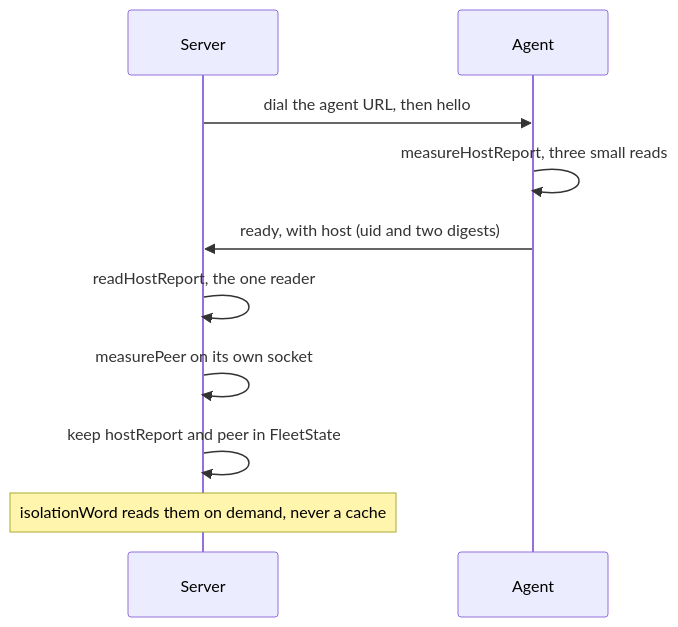
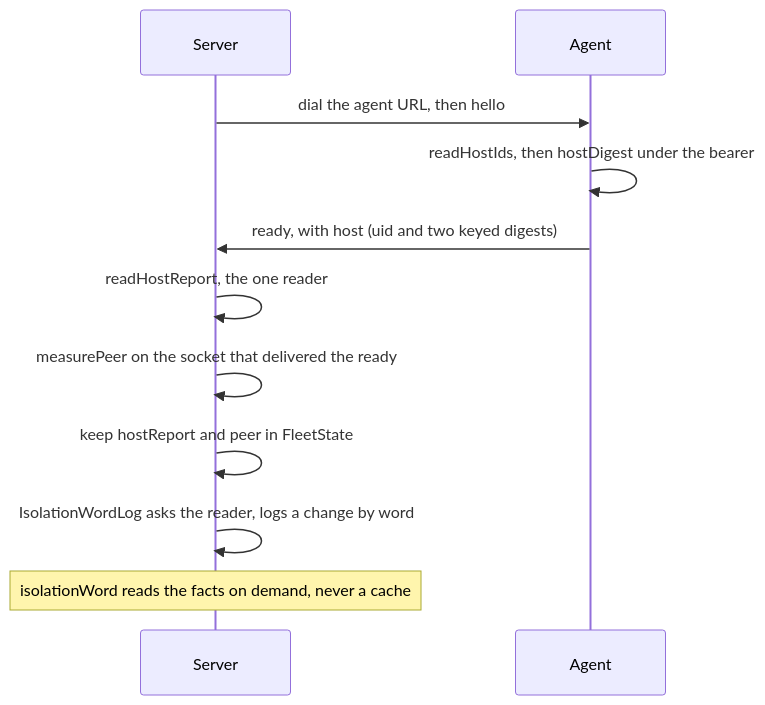
Before and after one commit to Synapsium-Labs/ccrc-pwa: the second of 3 diagrams in docs/superpowers/plans/2026-11-14-overlord-w1/w1-isolation.md, drawn with Mermaid. The commit also changed other lines of this file, not shown here.

First line of the commit message:
docs(plan): the isolation word, fix round 1 (review 2168)

````diff
--- a/docs/superpowers/plans/2026-11-14-overlord-w1/w1-isolation.md
+++ b/docs/superpowers/plans/2026-11-14-overlord-w1/w1-isolation.md
@@ -244,12 +325,13 @@
 ```mermaid
 sequenceDiagram
   participant S as Server
   participant A as Agent
   S->>A: dial the agent URL, then hello
-  A->>A: measureHostReport, three small reads
-  A->>S: ready, with host (uid and two digests)
+  A->>A: readHostIds, then hostDigest under the bearer
+  A->>S: ready, with host (uid and two keyed digests)
   S->>S: readHostReport, the one reader
-  S->>S: measurePeer on its own socket
+  S->>S: measurePeer on the socket that delivered the ready
   S->>S: keep hostReport and peer in FleetState
-  Note over S: isolationWord reads them on demand, never a cache
+  S->>S: IsolationWordLog asks the reader, logs a change by word
+  Note over S: isolationWord reads the facts on demand, never a cache
 ```
````
